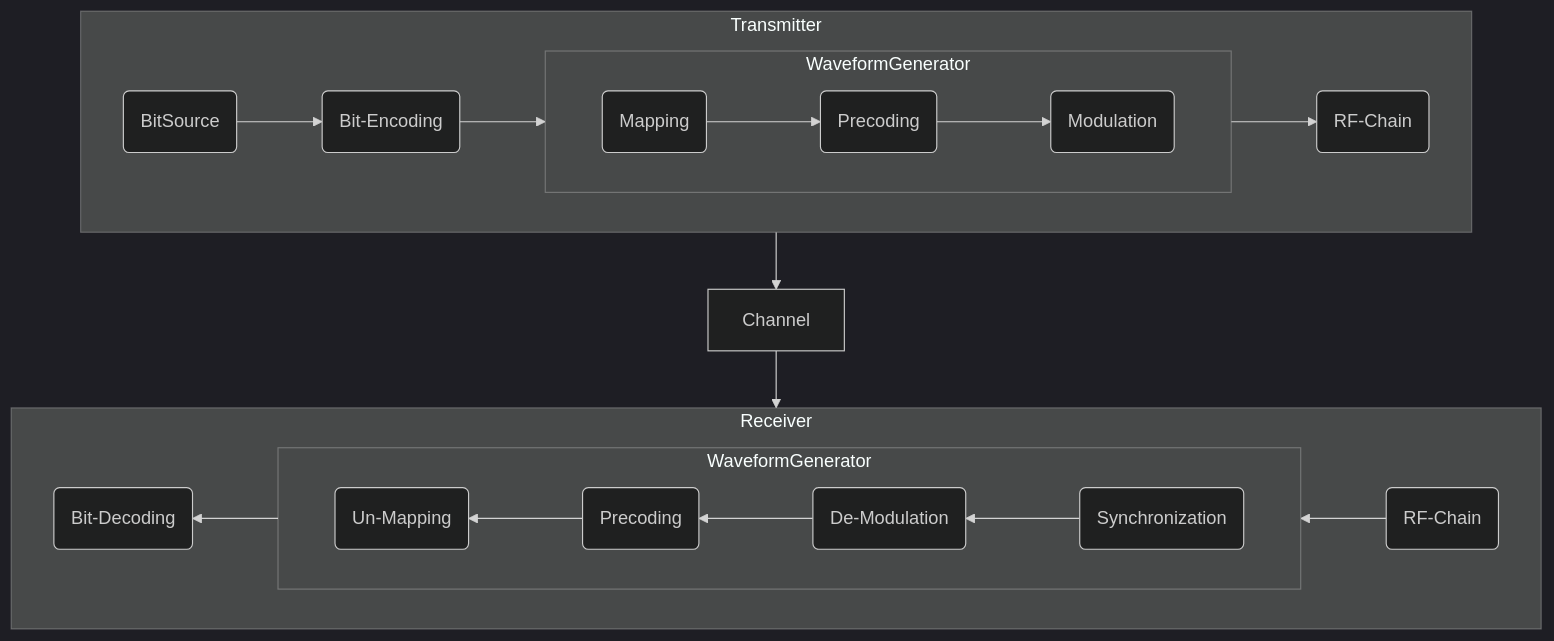
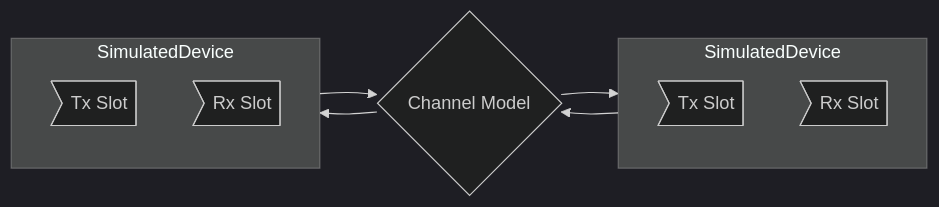
One commit to Barkhausen-Institut/hermespy changed the diagram in docssource/getting_started.rst. Above: the diagram before and after it, drawn with Mermaid. The commit also changed other lines of this file and 9 other files, not shown here.

```diff
--- a/docssource/getting_started.rst
+++ b/docssource/getting_started.rst
@@ -26,34 +34,25 @@
 .. mermaid::
+   :align: center
 
    %%{init: {'theme': 'dark'}}%%
-   flowchart TD
+   flowchart LR
 
-      subgraph TX[Transmitter]
-            direction LR
+   channel{Channel Model}
 
-            BSTX(BitSource) --> BCTX(Bit-Encoding) --> MAPTX
+   subgraph devicea[SimulatedDevice]
 
-            subgraph WRX[WaveformGenerator]
-                direction LR
-                MAPTX(Mapping) --> PRETX(Precoding) --> MODTX(Modulation)
-            end
+       direction TB
+       deviceatx>Tx Slot]
+       devicearx>Rx Slot]
 
+   end
 
-            MODTX --> RFTX(RF-Chain)
-      end
+   subgraph deviceb[SimulatedDevice]
 
-      TX --> F[Channel] --> RX
+       direction TB
+       devicebtx>Tx Slot]
+       devicebrx>Rx Slot]
+   end
 
-      subgraph RX[Receiver]
-            direction RL
-
-            RFRX(RF-Chain) --> SRX(Synchronization)
-
-            subgraph WTX[WaveformGenerator]
-                direction RL
-                SRX --> MODRX(De-Modulation) --> PRERX(Precoding) --> MAPRX(Un-Mapping)
-            end
-
-            MAPRX --> BCRX(Bit-Decoding)
-
-      end
+   deviceatx --> channel --> devicearx
+   devicebtx --> channel --> devicebrx
```
